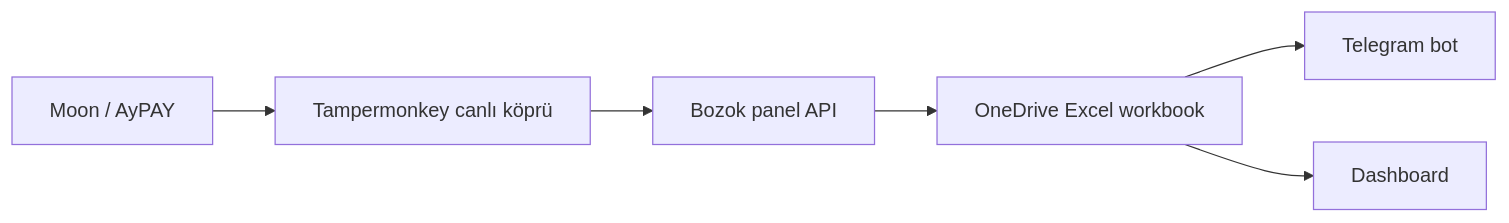
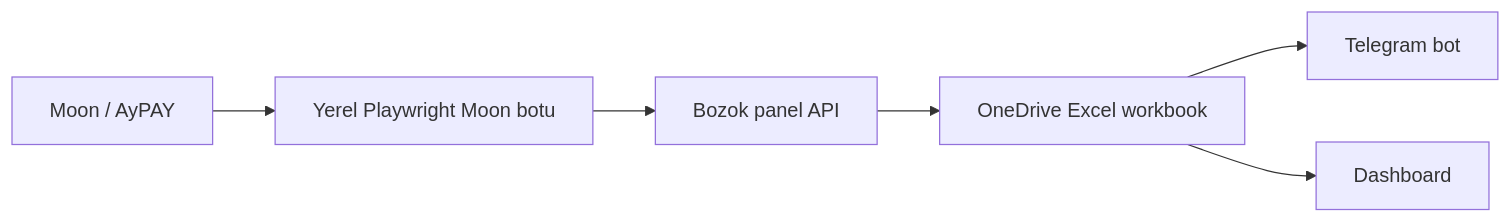
The diagram in EXCEL_ONEDRIVE_CENTER.md (kaan190559-hue/denemedeneme), drawn with Mermaid before and after one commit. The commit also changed other lines of this file and 8 other files, not shown here.

````diff
--- a/EXCEL_ONEDRIVE_CENTER.md
+++ b/EXCEL_ONEDRIVE_CENTER.md
@@ -63,8 +78,8 @@
 ```mermaid
 flowchart LR
-  Moon["Moon / AyPAY"] --> Tampermonkey["Tampermonkey canlı köprü"]
-  Tampermonkey --> Panel["Bozok panel API"]
+  Moon["Moon / AyPAY"] --> Playwright["Yerel Playwright Moon botu"]
+  Playwright --> Panel["Bozok panel API"]
   Panel --> Excel["OneDrive Excel workbook"]
   Excel --> Bot["Telegram bot"]
   Excel --> Dashboard["Dashboard"]
 ```
````
